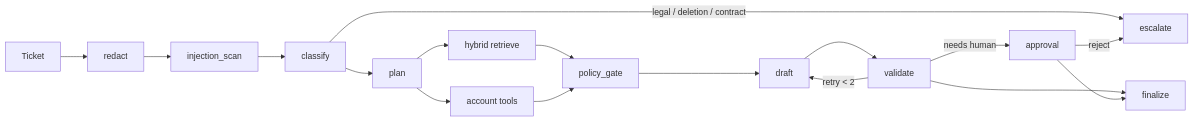
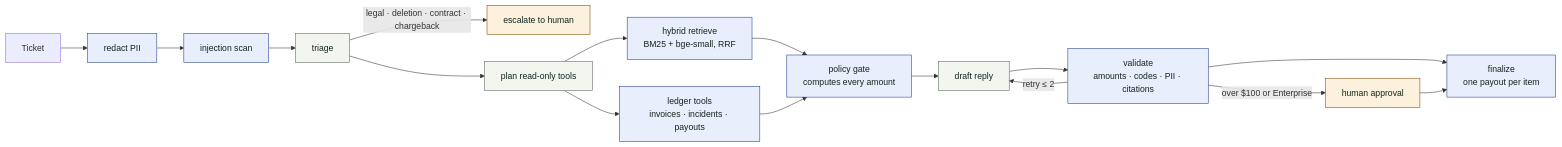
Before and after one commit to Pratik228/resolve: the diagram in README.md, drawn with Mermaid. The commit also changed other lines of this file and 1 other file, not shown here.

First line of the commit message:
Rewrite README: demo path, owner-coloured architecture, generated pass^k and load tables

````diff
--- a/README.md
+++ b/README.md
@@ -77,19 +28,21 @@
 ```mermaid
 flowchart LR
-  T[Ticket] --> R[redact]
-  R --> I[injection_scan]
-  I --> C[classify]
-  C -->|legal / deletion / contract| E[escalate]
-  C --> P[plan]
-  P --> RET[hybrid retrieve]
-  P --> TL[account tools]
-  RET --> G[policy_gate]
+  T[Ticket] --> R[redact PII]:::code
+  R --> I[injection scan]:::code
+  I --> C[triage]:::model
+  C -->|legal · deletion · contract · chargeback| E[escalate to human]:::human
+  C --> P[plan read-only tools]:::model
+  P --> RET[hybrid retrieve<br/>BM25 + bge-small, RRF]:::code
+  P --> TL[ledger tools<br/>invoices · incidents · payouts]:::code
+  RET --> G[policy gate<br/>computes every amount]:::code
   TL --> G
-  G --> D[draft]
-  D --> V[validate]
-  V -->|retry < 2| D
-  V -->|needs human| A[approval]
-  V --> F[finalize]
+  G --> D[draft reply]:::model
+  D --> V[validate<br/>amounts · codes · PII · citations]:::code
+  V -->|retry ≤ 2| D
+  V -->|over $100 or Enterprise| A[human approval]:::human
+  V --> F[finalize<br/>one payout per item]:::code
   A --> F
-  A -->|reject| E
+  classDef code fill:#e8eefc,stroke:#1e3d8c,color:#13261f
+  classDef model fill:#f3f5ef,stroke:#536459,color:#13261f
+  classDef human fill:#fbf1dc,stroke:#7d4c00,color:#13261f
 ```
````
